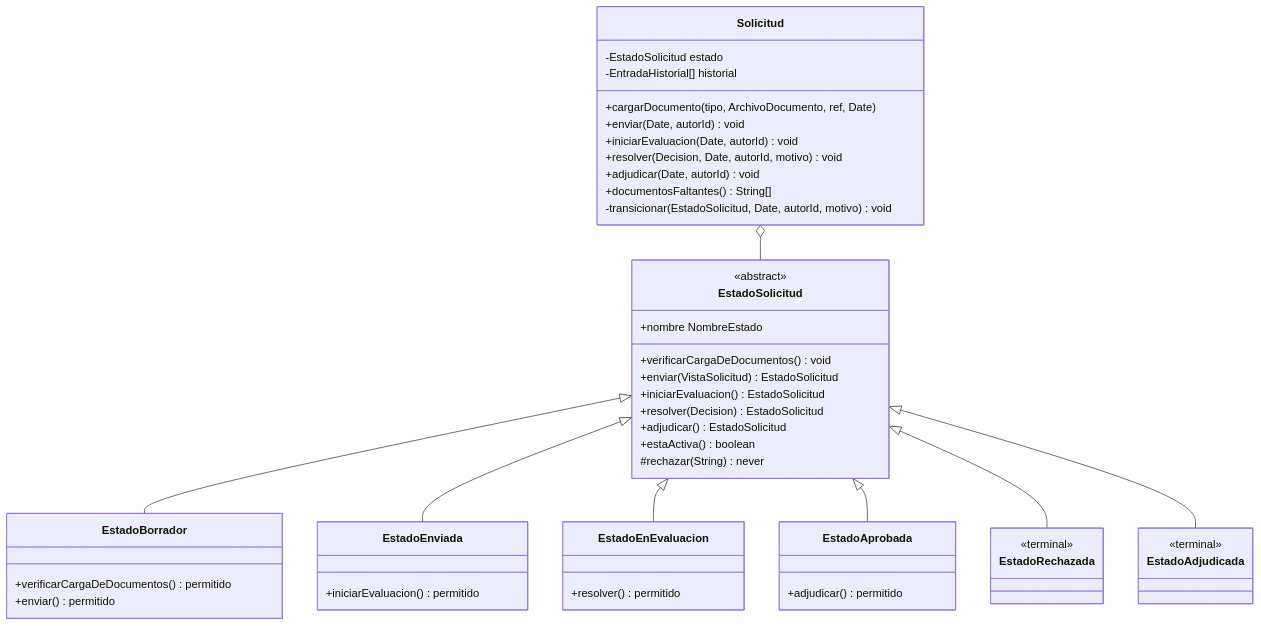
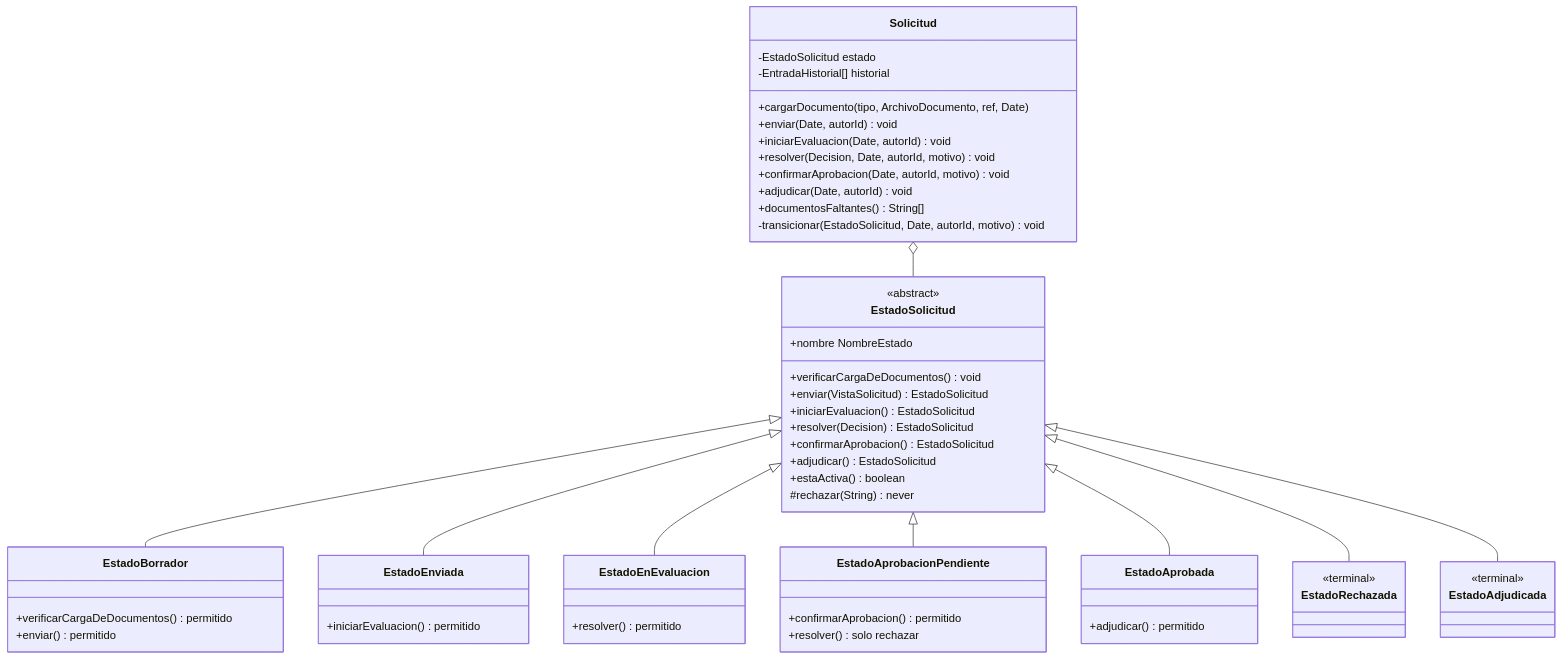
One commit to Isacasvas123/proyecto-becas changed the second of 5 diagrams in docs/diagramas/03-clases-dominio.md. Above: the diagram before and after it, drawn with Mermaid. The commit also changed other lines of this file and 6 other files, not shown here.

Commit message:
docs: actualizar el diagrama de clases con avisos, bitacora, recuperacion y segunda aprobacion

````diff
--- a/docs/diagramas/03-clases-dominio.md
+++ b/docs/diagramas/03-clases-dominio.md
@@ -156,56 +198,63 @@
 ```mermaid
 classDiagram
     direction TB
 
     class Solicitud {
         -EstadoSolicitud estado
         -EntradaHistorial[] historial
         +cargarDocumento(tipo, ArchivoDocumento, ref, Date)
         +enviar(Date, autorId) void
         +iniciarEvaluacion(Date, autorId) void
         +resolver(Decision, Date, autorId, motivo) void
+        +confirmarAprobacion(Date, autorId, motivo) void
         +adjudicar(Date, autorId) void
         +documentosFaltantes() String[]
         -transicionar(EstadoSolicitud, Date, autorId, motivo) void
     }
 
     class EstadoSolicitud {
         <<abstract>>
         +nombre NombreEstado
         +verificarCargaDeDocumentos() void
         +enviar(VistaSolicitud) EstadoSolicitud
         +iniciarEvaluacion() EstadoSolicitud
         +resolver(Decision) EstadoSolicitud
+        +confirmarAprobacion() EstadoSolicitud
         +adjudicar() EstadoSolicitud
         +estaActiva() boolean
         #rechazar(String) never
     }
 
     class EstadoBorrador {
         +verificarCargaDeDocumentos() permitido
         +enviar() permitido
     }
     class EstadoEnviada {
         +iniciarEvaluacion() permitido
     }
     class EstadoEnEvaluacion {
         +resolver() permitido
     }
+    class EstadoAprobacionPendiente {
+        +confirmarAprobacion() permitido
+        +resolver() solo rechazar
+    }
     class EstadoAprobada {
         +adjudicar() permitido
     }
     class EstadoRechazada {
         <<terminal>>
     }
     class EstadoAdjudicada {
         <<terminal>>
     }
 
     Solicitud o-- EstadoSolicitud
     EstadoSolicitud <|-- EstadoBorrador
     EstadoSolicitud <|-- EstadoEnviada
     EstadoSolicitud <|-- EstadoEnEvaluacion
+    EstadoSolicitud <|-- EstadoAprobacionPendiente
     EstadoSolicitud <|-- EstadoAprobada
     EstadoSolicitud <|-- EstadoRechazada
     EstadoSolicitud <|-- EstadoAdjudicada
 ```
````
